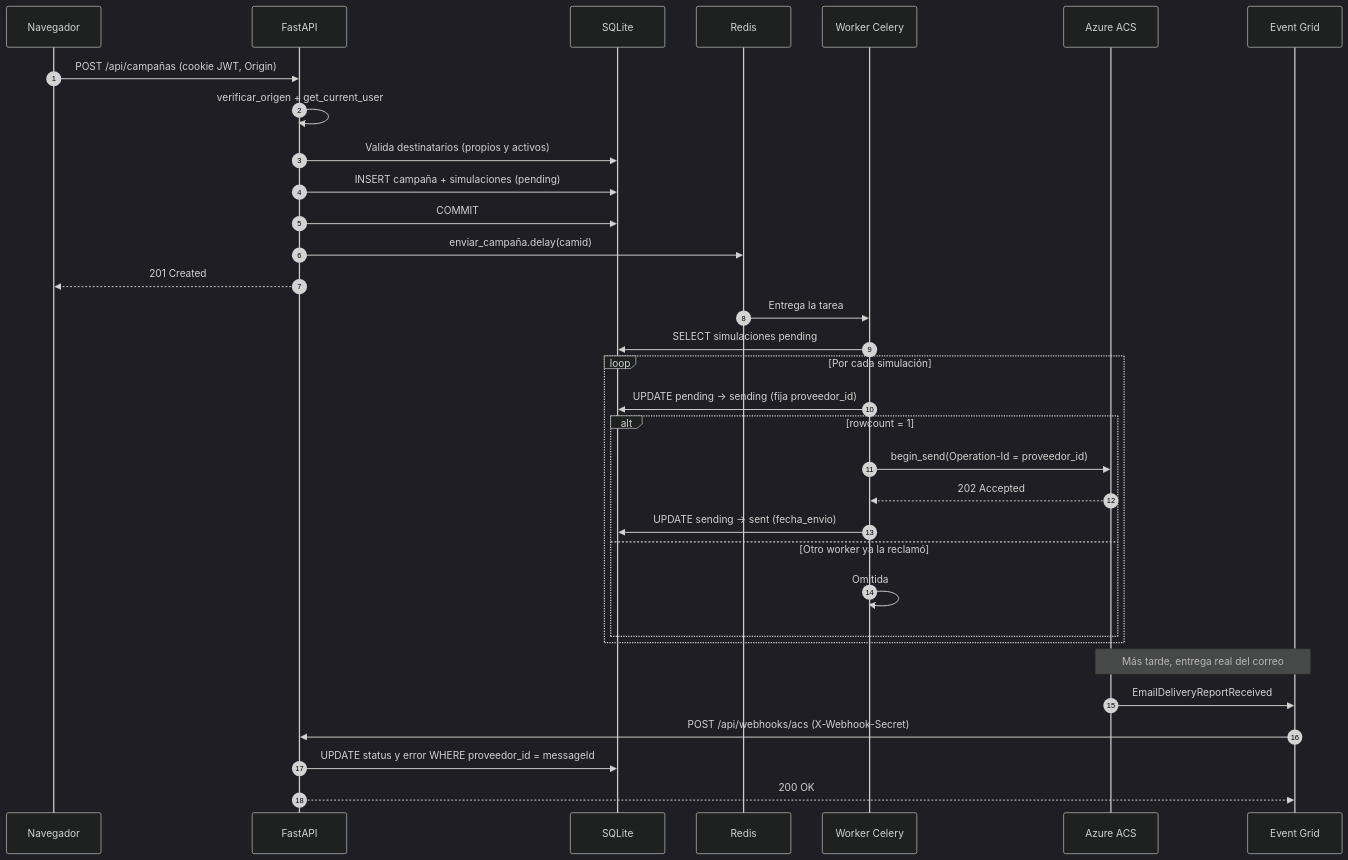
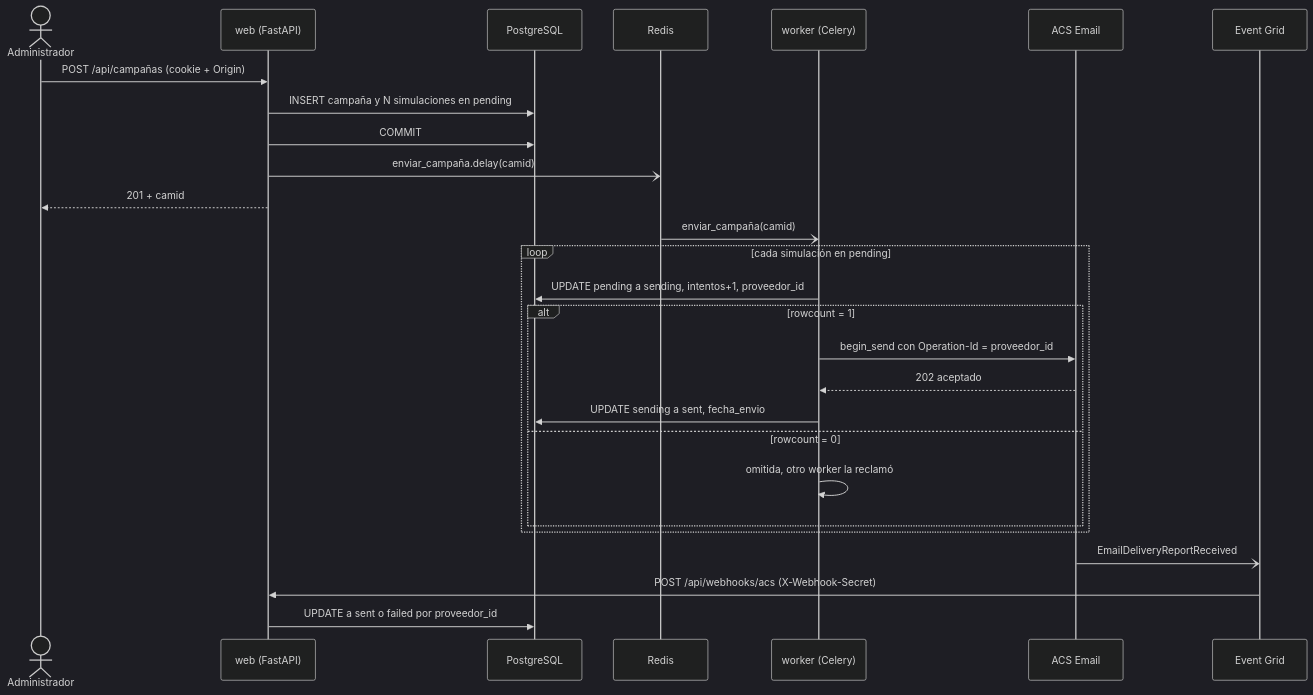
The third of 6 diagrams in sentinel-documentacion.md (josefranco05/security-awareness-documentacion), drawn with Mermaid (dark theme) before and after one commit. The commit also changed other lines of this file, not shown here.

````diff
--- a/sentinel-documentacion.md
+++ b/sentinel-documentacion.md
@@ -115,38 +134,30 @@
 ```mermaid
 sequenceDiagram
-    autonumber
-    participant N as Navegador
-    participant W as FastAPI
-    participant DB as SQLite
+    actor A as Administrador
+    participant W as web (FastAPI)
+    participant DB as PostgreSQL
     participant R as Redis
-    participant C as Worker Celery
-    participant A as Azure ACS
-    participant E as Event Grid
+    participant K as worker (Celery)
+    participant ACS as ACS Email
+    participant EG as Event Grid
 
-    N->>W: POST /api/campañas (cookie JWT, Origin)
-    W->>W: verificar_origen + get_current_user
-    W->>DB: Valida destinatarios (propios y activos)
-    W->>DB: INSERT campaña + simulaciones (pending)
+    A->>W: POST /api/campañas (cookie + Origin)
+    W->>DB: INSERT campaña y N simulaciones en pending
     W->>DB: COMMIT
-    W->>R: enviar_campaña.delay(camid)
-    W-->>N: 201 Created
-
-    R->>C: Entrega la tarea
-    C->>DB: SELECT simulaciones pending
-    loop Por cada simulación
-        C->>DB: UPDATE pending → sending (fija proveedor_id)
+    W-)R: enviar_campaña.delay(camid)
+    W-->>A: 201 + camid
+    R-)K: enviar_campaña(camid)
+    loop cada simulación en pending
+        K->>DB: UPDATE pending a sending, intentos+1, proveedor_id
         alt rowcount = 1
-            C->>A: begin_send(Operation-Id = proveedor_id)
-            A-->>C: 202 Accepted
-            C->>DB: UPDATE sending → sent (fecha_envio)
-        else Otro worker ya la reclamó
-            C->>C: Omitida
+            K->>ACS: begin_send con Operation-Id = proveedor_id
+            ACS-->>K: 202 aceptado
+            K->>DB: UPDATE sending a sent, fecha_envio
+        else rowcount = 0
+            K->>K: omitida, otro worker la reclamó
         end
     end
-
-    Note over A,E: Más tarde, entrega real del correo
-    A->>E: EmailDeliveryReportReceived
-    E->>W: POST /api/webhooks/acs (X-Webhook-Secret)
-    W->>DB: UPDATE status y error WHERE proveedor_id = messageId
-    W-->>E: 200 OK
+    ACS-)EG: EmailDeliveryReportReceived
+    EG->>W: POST /api/webhooks/acs (X-Webhook-Secret)
+    W->>DB: UPDATE a sent o failed por proveedor_id
 ```
````
